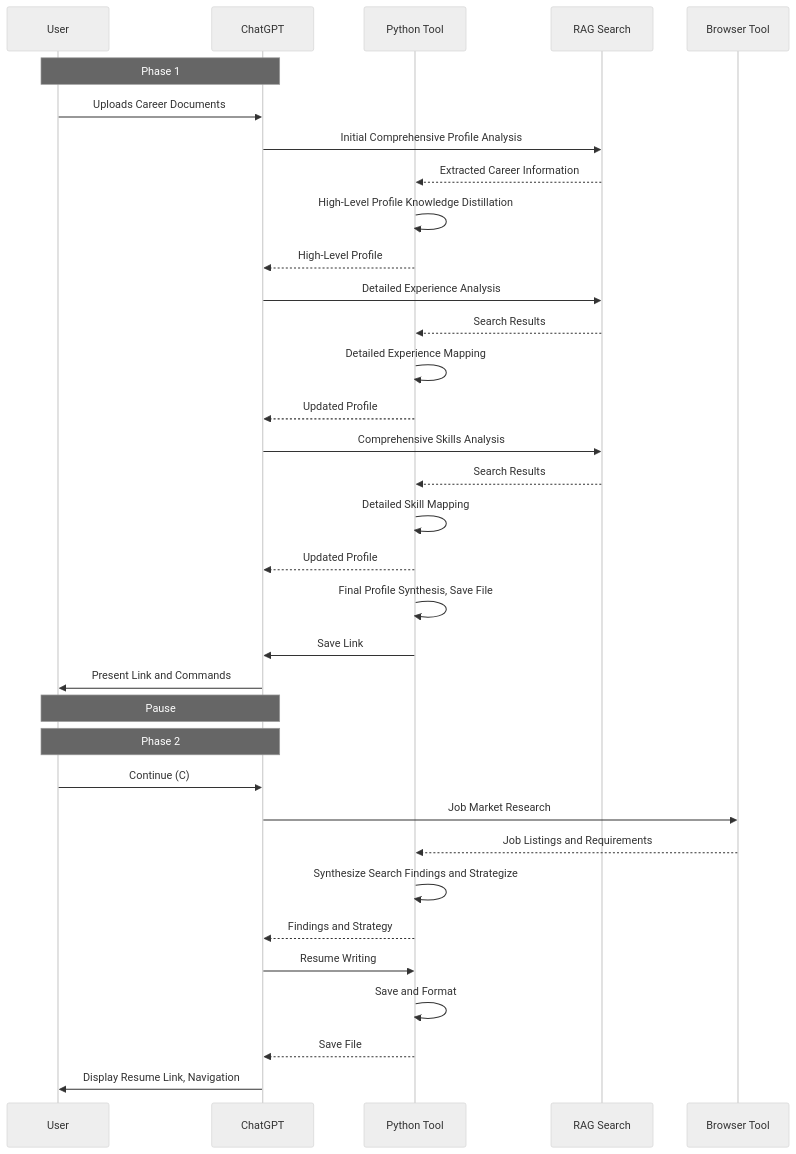
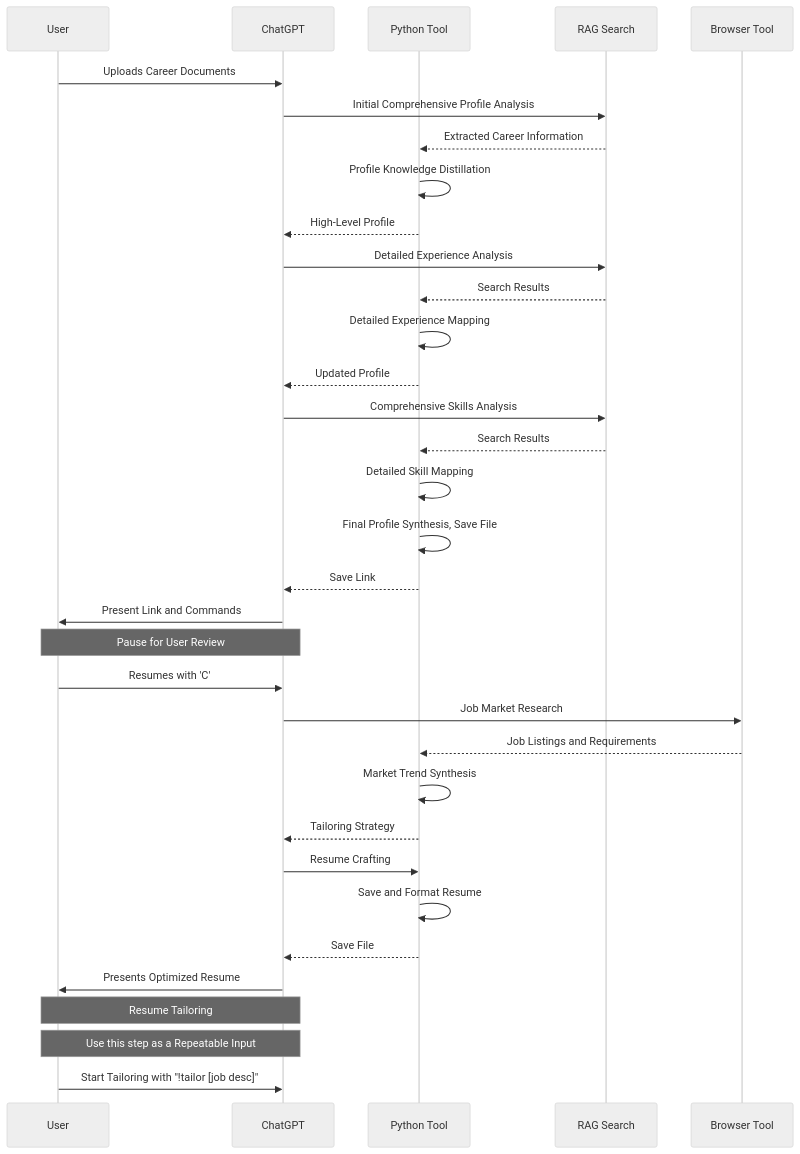
Before and after one commit to nerority/Advanced-GPTs: the second of 10 diagrams in README.md, drawn with Mermaid (neutral theme). The commit also changed other lines of this file, not shown here.

````diff
--- a/README.md
+++ b/README.md
@@ -136,38 +140,39 @@
 ```mermaid
 sequenceDiagram
     participant User
     participant ChatGPT
     participant PythonTool as Python Tool
     participant RAG as RAG Search
     participant Browser as Browser Tool
 
-    note over User, ChatGPT: Phase 1
     User->>ChatGPT: Uploads Career Documents
     ChatGPT->>RAG: Initial Comprehensive Profile Analysis
     RAG-->>PythonTool: Extracted Career Information
-    PythonTool->>PythonTool: High-Level Profile Knowledge Distillation
+    PythonTool->>PythonTool: Profile Knowledge Distillation
     PythonTool-->>ChatGPT: High-Level Profile
     ChatGPT->>RAG: Detailed Experience Analysis
     RAG-->>PythonTool: Search Results
     PythonTool->>PythonTool: Detailed Experience Mapping
     PythonTool-->>ChatGPT: Updated Profile
     ChatGPT->>RAG: Comprehensive Skills Analysis
     RAG-->>PythonTool: Search Results
     PythonTool->>PythonTool: Detailed Skill Mapping
-    PythonTool-->>ChatGPT: Updated Profile
     PythonTool->>PythonTool: Final Profile Synthesis, Save File
-    PythonTool->>ChatGPT: Save Link
+    PythonTool-->>ChatGPT: Save Link
     ChatGPT->>User: Present Link and Commands
-    note over User, ChatGPT: Pause
+    note over User, ChatGPT: Pause for User Review
 
-    note over User, ChatGPT: Phase 2
-    User->>ChatGPT: Continue (C)
+    User->>ChatGPT: Resumes with 'C'
     ChatGPT->>Browser: Job Market Research
     Browser-->>PythonTool: Job Listings and Requirements
-    PythonTool->>PythonTool: Synthesize Search Findings and Strategize
-    PythonTool-->>ChatGPT: Findings and Strategy
-    ChatGPT->>PythonTool: Resume Writing
-    PythonTool->>PythonTool: Save and Format
-    PythonTool-->>ChatGPT: Save File 
-    ChatGPT->>User: Display Resume Link, Navigation
+    PythonTool->>PythonTool: Market Trend Synthesis
+    PythonTool-->>ChatGPT: Tailoring Strategy
+    ChatGPT->>PythonTool: Resume Crafting
+    PythonTool->>PythonTool: Save and Format Resume
+    PythonTool-->>ChatGPT: Save File
+    ChatGPT->>User: Presents Optimized Resume
+
+    note over User, ChatGPT: Resume Tailoring
+    note over User, ChatGPT: Use this step as a Repeatable Input
+    User->>ChatGPT: Start Tailoring with "!tailor [job desc]"
 ```
````
